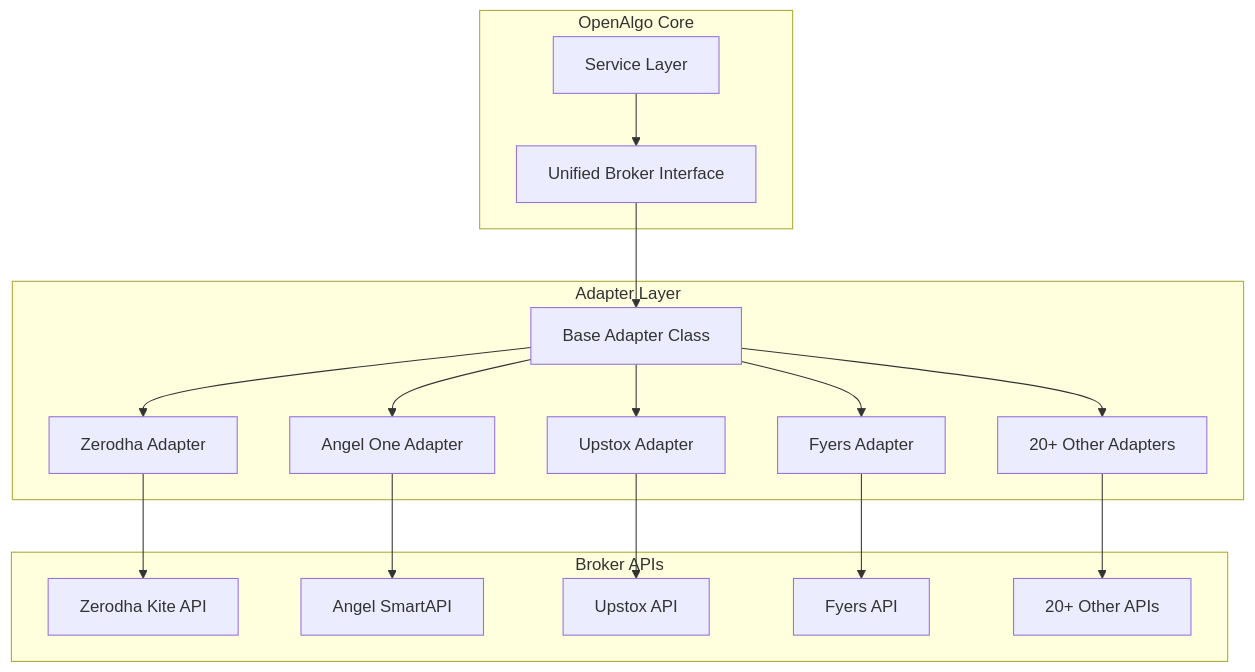
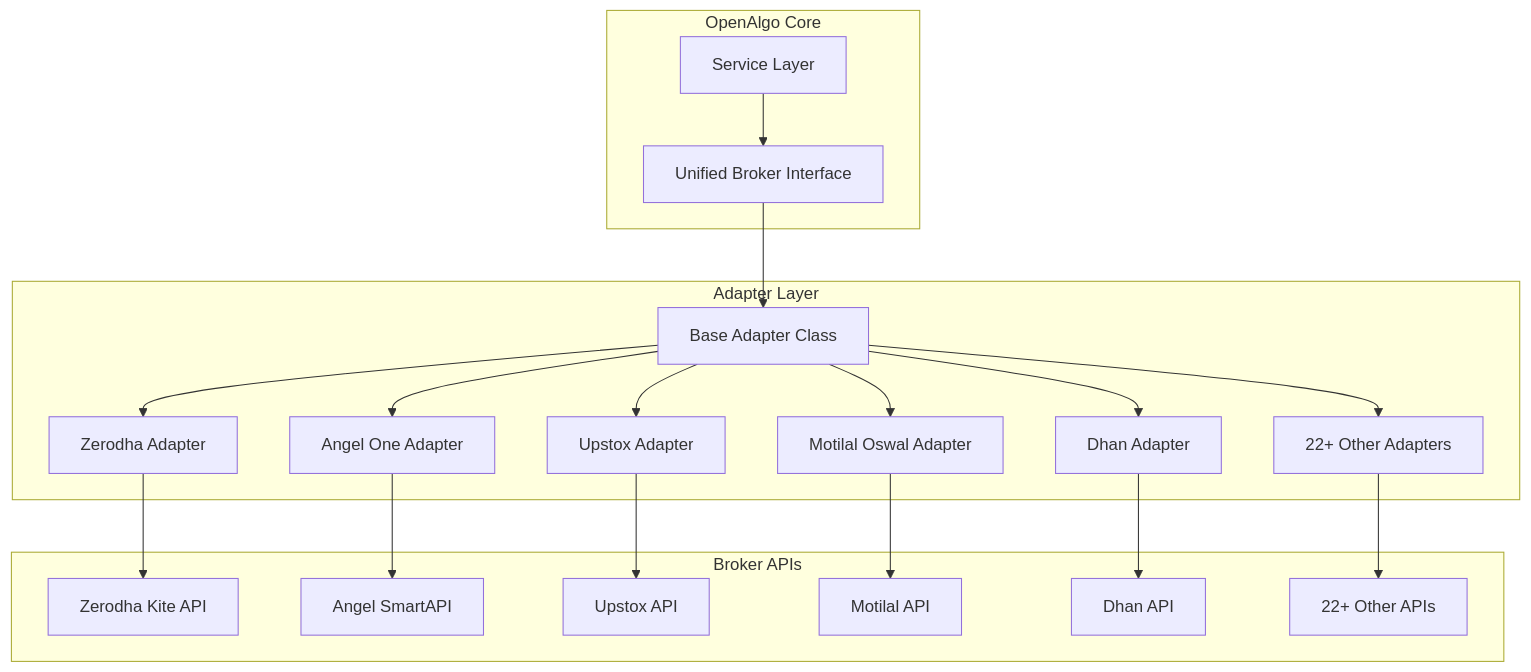
Before and after one commit to rockstarrajeev/tradeboard: the first of 2 diagrams in design/03_broker_integration.md, drawn with Mermaid. The commit also changed other lines of this file and 4 other files, not shown here.

````diff
--- a/design/03_broker_integration.md
+++ b/design/03_broker_integration.md
@@ -11,38 +11,42 @@
 ```mermaid
 graph TB
     subgraph "OpenAlgo Core"
         ServiceLayer[Service Layer]
         UnifiedInterface[Unified Broker Interface]
     end
 
     subgraph "Adapter Layer"
         BaseAdapter[Base Adapter Class]
         ZerodhaAdapter[Zerodha Adapter]
         AngelAdapter[Angel One Adapter]
         UpstoxAdapter[Upstox Adapter]
-        FyersAdapter[Fyers Adapter]
-        OtherAdapters[20+ Other Adapters]
+        MotilalAdapter[Motilal Oswal Adapter]
+        DhanAdapter[Dhan Adapter]
+        OtherAdapters[22+ Other Adapters]
     end
 
     subgraph "Broker APIs"
         ZerodhaAPI[Zerodha Kite API]
         AngelAPI[Angel SmartAPI]
         UpstoxAPI[Upstox API]
-        FyersAPI[Fyers API]
-        OtherAPIs[20+ Other APIs]
+        MotilalAPI[Motilal API]
+        DhanAPI[Dhan API]
+        OtherAPIs[22+ Other APIs]
     end
 
     ServiceLayer --> UnifiedInterface
     UnifiedInterface --> BaseAdapter
     BaseAdapter --> ZerodhaAdapter
     BaseAdapter --> AngelAdapter
     BaseAdapter --> UpstoxAdapter
-    BaseAdapter --> FyersAdapter
+    BaseAdapter --> MotilalAdapter
+    BaseAdapter --> DhanAdapter
     BaseAdapter --> OtherAdapters
 
     ZerodhaAdapter --> ZerodhaAPI
     AngelAdapter --> AngelAPI
     UpstoxAdapter --> UpstoxAPI
-    FyersAdapter --> FyersAPI
+    MotilalAdapter --> MotilalAPI
+    DhanAdapter --> DhanAPI
     OtherAdapters --> OtherAPIs
 ```
````
